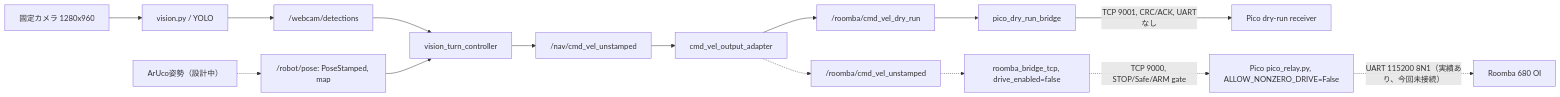
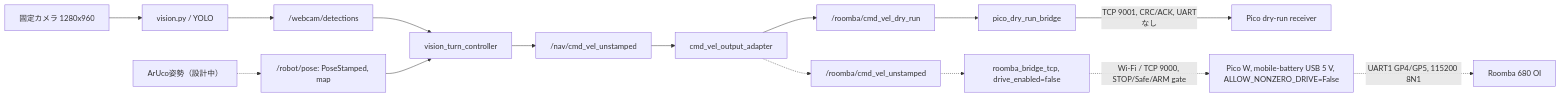
One commit to nagipan777/robot-1 changed the first of 2 diagrams in HARDWARE_INTEGRATION_RUNBOOK.md. Above: the diagram before and after it, drawn with Mermaid. The commit also changed other lines of this file and 80 other files, not shown here.

````diff
--- a/HARDWARE_INTEGRATION_RUNBOOK.md
+++ b/HARDWARE_INTEGRATION_RUNBOOK.md
@@ -17,17 +17,17 @@
 ```mermaid
 flowchart LR
     camera["固定カメラ 1280x960"] --> vision["vision.py / YOLO"]
     vision --> detections["/webcam/detections"]
     detections --> controller["vision_turn_controller"]
     aruco["ArUco姿勢（設計中）"] -.-> pose["/robot/pose: PoseStamped, map"]
     pose --> controller
     controller --> nav["/nav/cmd_vel_unstamped"]
     nav --> adapter["cmd_vel_output_adapter"]
     adapter --> dry["/roomba/cmd_vel_dry_run"]
     dry --> drybridge["pico_dry_run_bridge"]
     drybridge -->|"TCP 9001, CRC/ACK, UARTなし"| picodry["Pico dry-run receiver"]
     adapter -.-> physical["/roomba/cmd_vel_unstamped"]
     physical -.-> bridge["roomba_bridge_tcp, drive_enabled=false"]
-    bridge -.->|"TCP 9000, STOP/Safe/ARM gate"| relay["Pico pico_relay.py, ALLOW_NONZERO_DRIVE=False"]
-    relay -.->|"UART 115200 8N1（実績あり、今回未接続）"| roomba["Roomba 680 OI"]
+    bridge -.->|"Wi-Fi / TCP 9000, STOP/Safe/ARM gate"| relay["Pico W, mobile-battery USB 5 V, ALLOW_NONZERO_DRIVE=False"]
+    relay -.->|"UART1 GP4/GP5, 115200 8N1"| roomba["Roomba 680 OI"]
 ```
````
